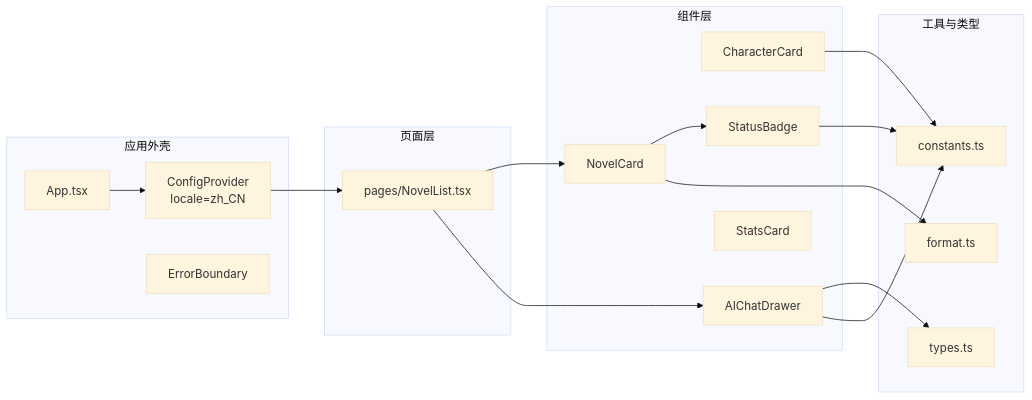
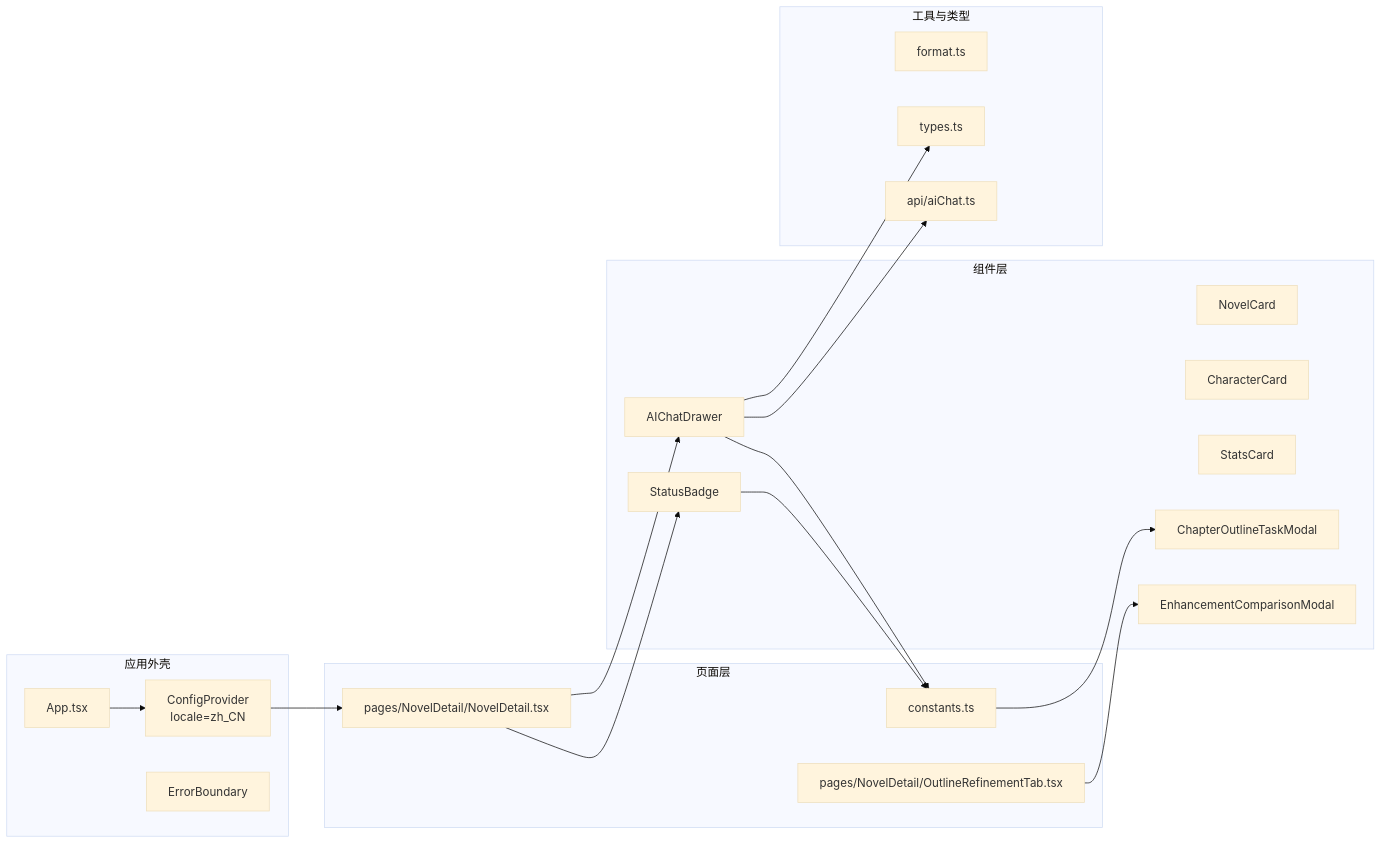
Before and after one commit to xfbyxq/ai-novel-system: the second of 8 diagrams in .qoder/repowiki/zh/content/前端架构/UI组件库/UI组件库.md, drawn with Mermaid (base theme). The commit also changed other lines of this file and 29 other files, not shown here.

````diff
--- a/.qoder/repowiki/zh/content/前端架构/UI组件库/UI组件库.md
+++ b/.qoder/repowiki/zh/content/前端架构/UI组件库/UI组件库.md
@@ -114,32 +136,37 @@
 ```mermaid
 graph LR
 subgraph "应用外壳"
 APP["App.tsx"]
 CFG["ConfigProvider<br/>locale=zh_CN"]
 EB["ErrorBoundary"]
 end
 subgraph "页面层"
-NL["pages/NovelList.tsx"]
+ND["pages/NovelDetail/NovelDetail.tsx"]
+CT["pages/NovelDetail/ChaptersTab.tsx"]
+OR["pages/NovelDetail/OutlineRefinementTab.tsx"]
 end
 subgraph "组件层"
 NC["NovelCard"]
 CC["CharacterCard"]
 ACD["AIChatDrawer"]
 SB["StatusBadge"]
 SC["StatsCard"]
+CTM["ChapterOutlineTaskModal"]
+ECM["EnhancementComparisonModal"]
 end
 subgraph "工具与类型"
 CT["constants.ts"]
 FM["format.ts"]
 TP["types.ts"]
+TAC["api/aiChat.ts"]
 end
-APP --> CFG --> NL
-NL --> NC
-NL --> ACD
-NC --> SB
-NC --> FM
-CC --> CT
+APP --> CFG --> ND
+ND --> ACD
+ND --> SB
+CT --> CTM
+OR --> ECM
 ACD --> TP
+ACD --> TAC
 ACD --> CT
 SB --> CT
 ```
````
